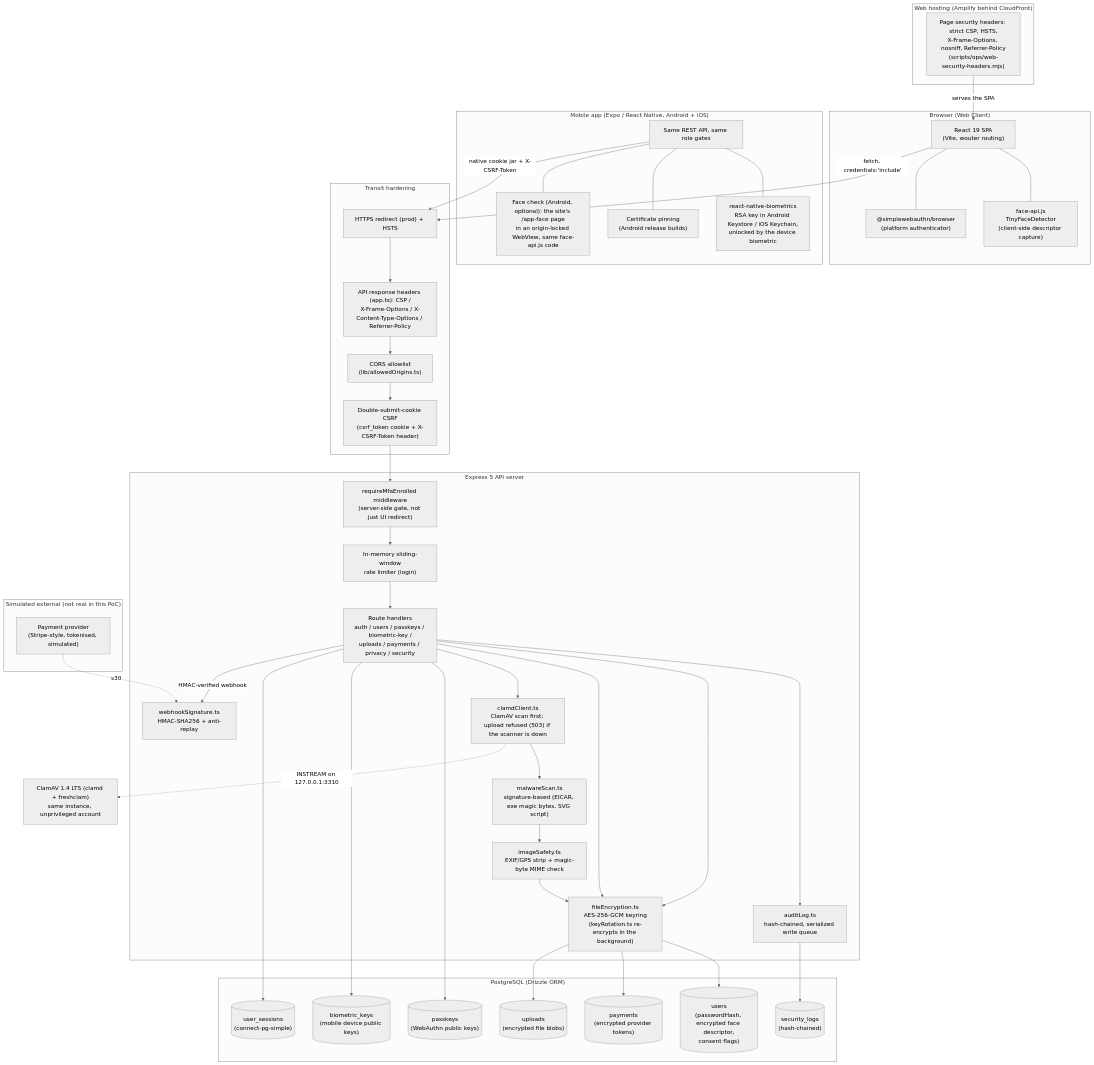
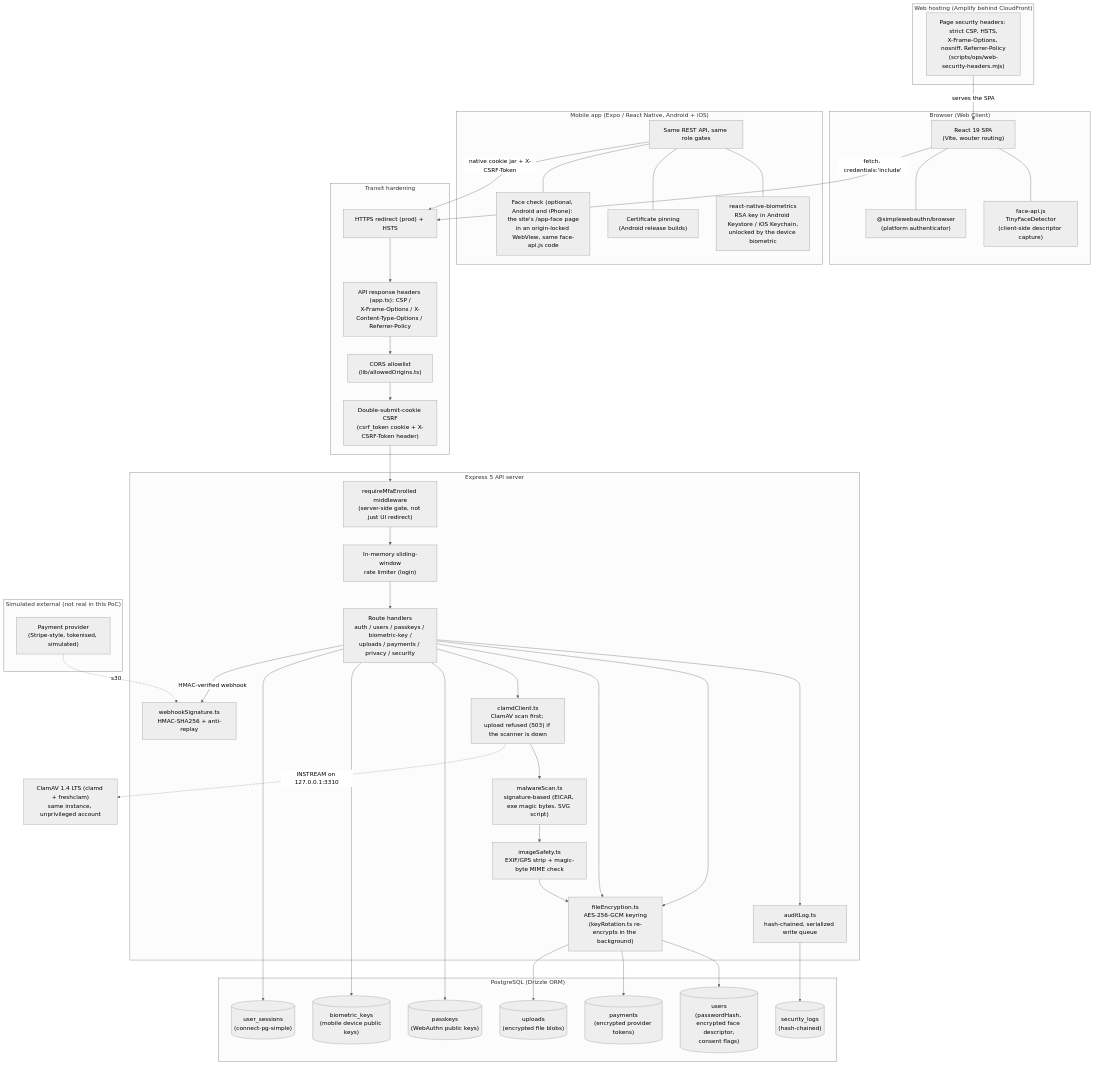
The diagram in docs/01_Security_Architecture.md (GYaseenkhan/Biometric--Authentication), drawn with Mermaid (neutral theme) before and after one commit. The commit also changed 23 other files, not shown here.

First line of the commit message:
Bring the iOS app level with Android, and build it on a GitHub Mac (#25)

````diff
--- a/docs/01_Security_Architecture.md
+++ b/docs/01_Security_Architecture.md
@@ -8,72 +8,72 @@
 ```mermaid
 flowchart TB
     subgraph Client["Browser (Web Client)"]
         UI["React 19 SPA<br/>(Vite, wouter routing)"]
         FaceLib["face-api.js<br/>TinyFaceDetector<br/>(client-side descriptor capture)"]
         WebAuthnClient["@simplewebauthn/browser<br/>(platform authenticator)"]
         UI --- FaceLib
         UI --- WebAuthnClient
     end
 
     subgraph Mobile["Mobile app (Expo / React Native, Android + iOS)"]
         MobileUI["Same REST API, same role gates"]
         DeviceKey["react-native-biometrics<br/>RSA key in Android Keystore / iOS Keychain,<br/>unlocked by the device biometric"]
         Pinning["Certificate pinning<br/>(Android release builds)"]
-        FaceCheck["Face check (Android, optional): the site's /app-face page<br/>in an origin-locked WebView, same face-api.js code"]
+        FaceCheck["Face check (optional, Android and iPhone): the site's /app-face page<br/>in an origin-locked WebView, same face-api.js code"]
         MobileUI --- DeviceKey
         MobileUI --- Pinning
         MobileUI --- FaceCheck
     end
 
     subgraph WebHost["Web hosting (Amplify behind CloudFront)"]
         PageHeaders["Page security headers: strict CSP, HSTS,<br/>X-Frame-Options, nosniff, Referrer-Policy<br/>(scripts/ops/web-security-headers.mjs)"]
     end
 
     subgraph Edge["Transit hardening"]
         HTTPS["HTTPS redirect (prod) + HSTS"]
         Headers["API response headers (app.ts): CSP /<br/>X-Frame-Options / X-Content-Type-Options / Referrer-Policy"]
         CORS["CORS allowlist<br/>(lib/allowedOrigins.ts)"]
         CSRF["Double-submit-cookie CSRF<br/>(csrf_token cookie + X-CSRF-Token header)"]
     end
 
     subgraph API["Express 5 API server"]
         MW["requireMfaEnrolled middleware<br/>(server-side gate, not just UI redirect)"]
         RateLimit["In-memory sliding-window<br/>rate limiter (login)"]
         Routes["Route handlers<br/>auth / users / passkeys / biometric-key /<br/>uploads / payments / privacy / security"]
         AuditLib["auditLog.ts<br/>hash-chained, serialized write queue"]
         Encrypt["fileEncryption.ts<br/>AES-256-GCM keyring<br/>(keyRotation.ts re-encrypts in the background)"]
         Clamd["clamdClient.ts<br/>ClamAV scan first; upload refused (503) if the scanner is down"]
         Scan["malwareScan.ts<br/>signature-based (EICAR, exe magic bytes, SVG script)"]
         ImgSafety["imageSafety.ts<br/>EXIF/GPS strip + magic-byte MIME check"]
         WebhookSig["webhookSignature.ts<br/>HMAC-SHA256 + anti-replay"]
     end
 
     subgraph DB["PostgreSQL (Drizzle ORM)"]
         Users[("users<br/>(passwordHash, encrypted face descriptor,<br/>consent flags)")]
         Passkeys[("passkeys<br/>(WebAuthn public keys)")]
         BioKeys[("biometric_keys<br/>(mobile device public keys)")]
         Uploads[("uploads<br/>(encrypted file blobs)")]
         Payments[("payments<br/>(encrypted provider tokens)")]
         Logs[("security_logs<br/>(hash-chained)")]
         Sessions[("user_sessions<br/>(connect-pg-simple)")]
     end
 
     subgraph ExternalSim["Simulated external (not real in this PoC)"]
         Provider["Payment provider<br/>(Stripe-style, tokenised, simulated)"]
     end
 
     PageHeaders -->|serves the SPA| UI
     UI -->|fetch, credentials:'include'| HTTPS --> Headers --> CORS --> CSRF --> MW
     MobileUI -->|"native cookie jar + X-CSRF-Token"| HTTPS
     MW --> RateLimit --> Routes
     Routes --> AuditLib --> Logs
     Routes --> Encrypt --> Users
     Routes --> Encrypt --> Payments
     Routes --> Clamd --> Scan --> ImgSafety --> Encrypt --> Uploads
     Clamd -.->|"INSTREAM on 127.0.0.1:3310"| ClamAV["ClamAV 1.4 LTS (clamd + freshclam)<br/>same instance, unprivileged account"]
     Routes --> Passkeys
     Routes --> BioKeys
     Routes --> Sessions
     Routes -->|HMAC-verified webhook| WebhookSig
     Provider -. s30 .-> WebhookSig
 ```
````
